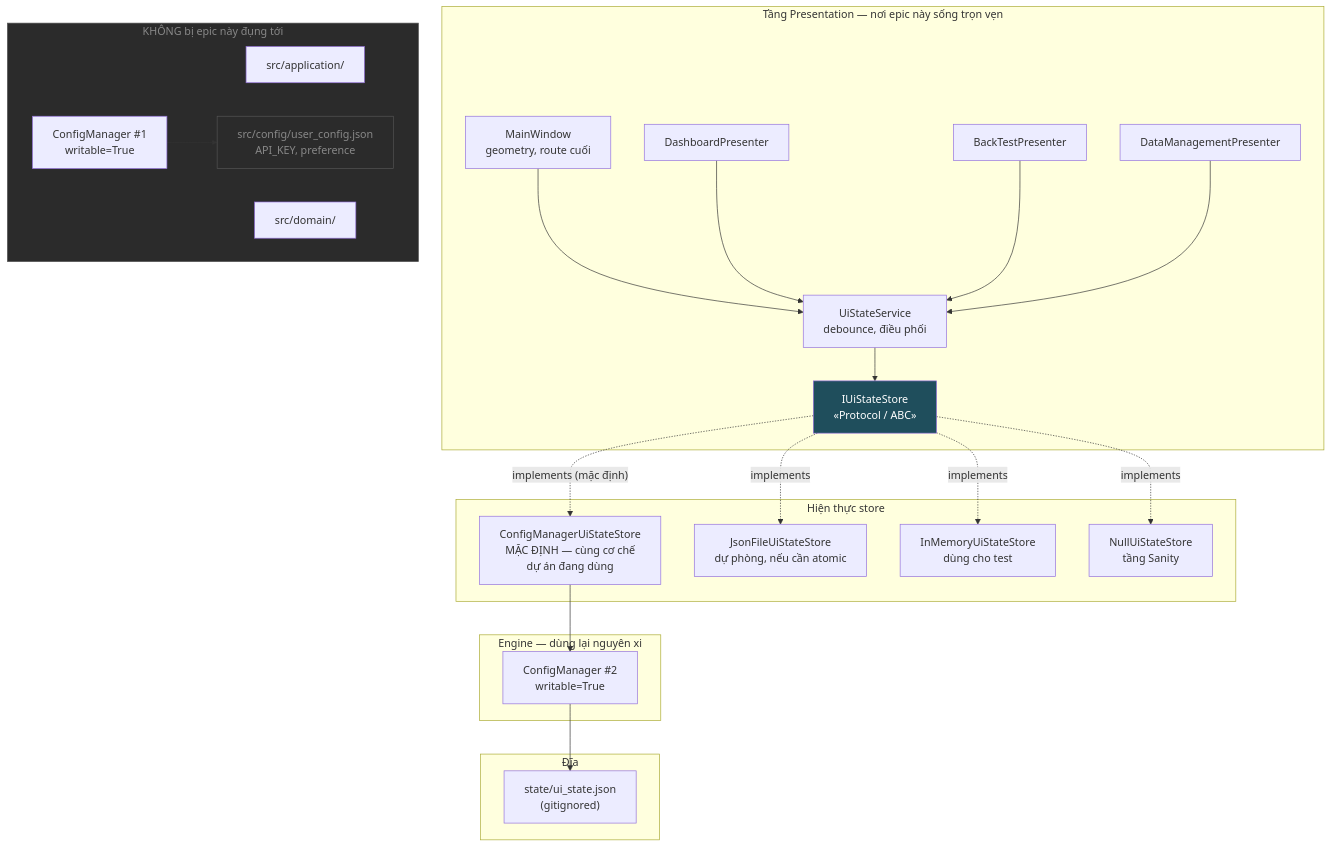
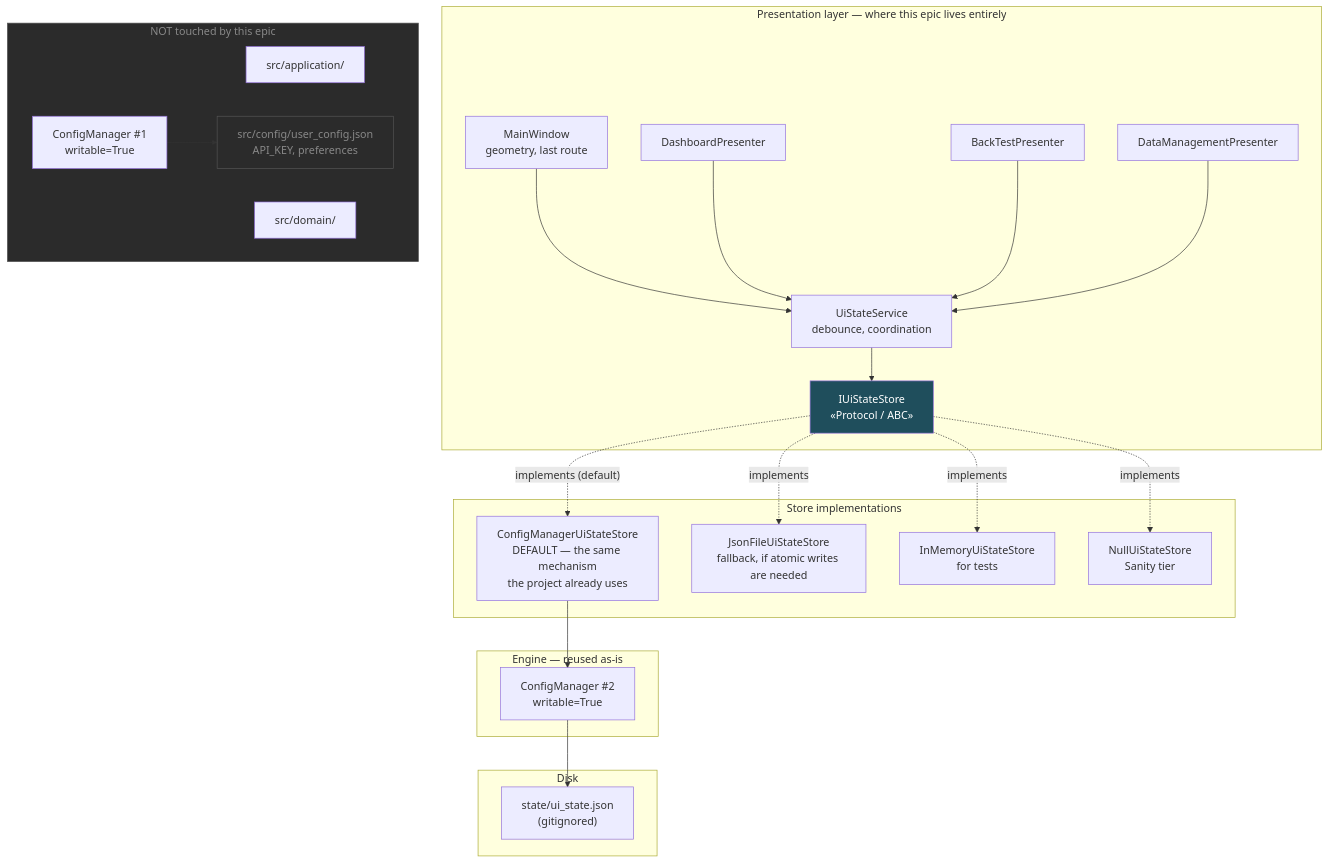
The fifth of 12 diagrams in Tasks/epics/EPIC-010_ghi_nho_gia_tri_cuoi/design/DESIGN_2026-08-25_ui_state_persistence.md (anhembedded/Sagittarius_Elite_Warrior), drawn with Mermaid before and after one commit. The commit also changed other lines of this file and 1 other file, not shown here.

First line of the commit message:
docs(epic): translate EPIC-010 design doc and epic README to English

````diff
--- a/Tasks/epics/EPIC-010_ghi_nho_gia_tri_cuoi/design/DESIGN_2026-08-25_ui_state_persistence.md
+++ b/Tasks/epics/EPIC-010_ghi_nho_gia_tri_cuoi/design/DESIGN_2026-08-25_ui_state_persistence.md
@@ -509,50 +534,50 @@
 ```mermaid
 graph TB
-    subgraph PRES["Tầng Presentation — nơi epic này sống trọn vẹn"]
-        MW["MainWindow<br/>geometry, route cuối"]
+    subgraph PRES["Presentation layer — where this epic lives entirely"]
+        MW["MainWindow<br/>geometry, last route"]
         DP["DashboardPresenter"]
         BP["BackTestPresenter"]
         DMP["DataManagementPresenter"]
-        SVC["UiStateService<br/>debounce, điều phối"]
+        SVC["UiStateService<br/>debounce, coordination"]
         PORT["IUiStateStore<br/>«Protocol / ABC»"]
     end
 
-    subgraph INFRA["Hiện thực store"]
-        CMS["ConfigManagerUiStateStore<br/>MẶC ĐỊNH — cùng cơ chế<br/>dự án đang dùng"]
-        JSON["JsonFileUiStateStore<br/>dự phòng, nếu cần atomic"]
-        MEM["InMemoryUiStateStore<br/>dùng cho test"]
-        NULL["NullUiStateStore<br/>tầng Sanity"]
+    subgraph INFRA["Store implementations"]
+        CMS["ConfigManagerUiStateStore<br/>DEFAULT — the same mechanism<br/>the project already uses"]
+        JSON["JsonFileUiStateStore<br/>fallback, if atomic writes are needed"]
+        MEM["InMemoryUiStateStore<br/>for tests"]
+        NULL["NullUiStateStore<br/>Sanity tier"]
     end
 
-    subgraph ENG["Engine — dùng lại nguyên xi"]
+    subgraph ENG["Engine — reused as-is"]
         CM2["ConfigManager #2<br/>writable=True"]
     end
 
-    subgraph DISK["Đĩa"]
+    subgraph DISK["Disk"]
         F["state/ui_state.json<br/>(gitignored)"]
     end
 
-    subgraph UNTOUCHED["KHÔNG bị epic này đụng tới"]
+    subgraph UNTOUCHED["NOT touched by this epic"]
         APP["src/application/"]
         DOM["src/domain/"]
         CM1["ConfigManager #1<br/>writable=True"]
-        CFG["src/config/user_config.json<br/>API_KEY, preference"]
+        CFG["src/config/user_config.json<br/>API_KEY, preferences"]
     end
 
     MW --> SVC
     DP --> SVC
     BP --> SVC
     DMP --> SVC
     SVC --> PORT
-    PORT -.->|"implements (mặc định)"| CMS
+    PORT -.->|"implements (default)"| CMS
     PORT -.->|implements| JSON
     PORT -.->|implements| MEM
     PORT -.->|implements| NULL
     CMS --> CM2
     CM2 --> F
     CM1 --> CFG
 
     style UNTOUCHED fill:#2B2B2B,color:#888,stroke:#555
     style CFG fill:#2B2B2B,color:#888,stroke:#555
     style PORT fill:#1F4E5C,color:#fff
 ```
````
